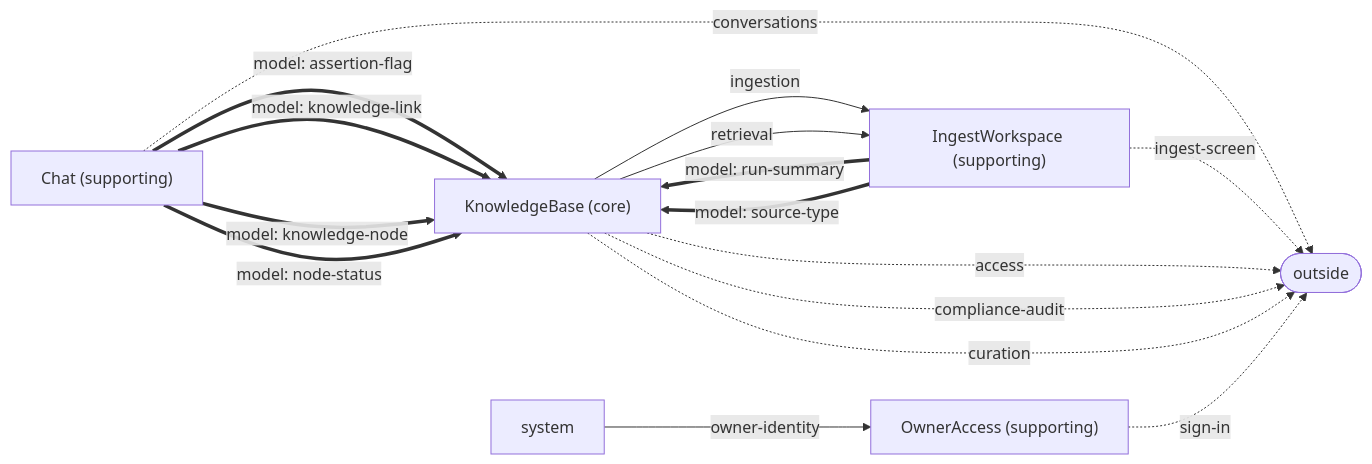
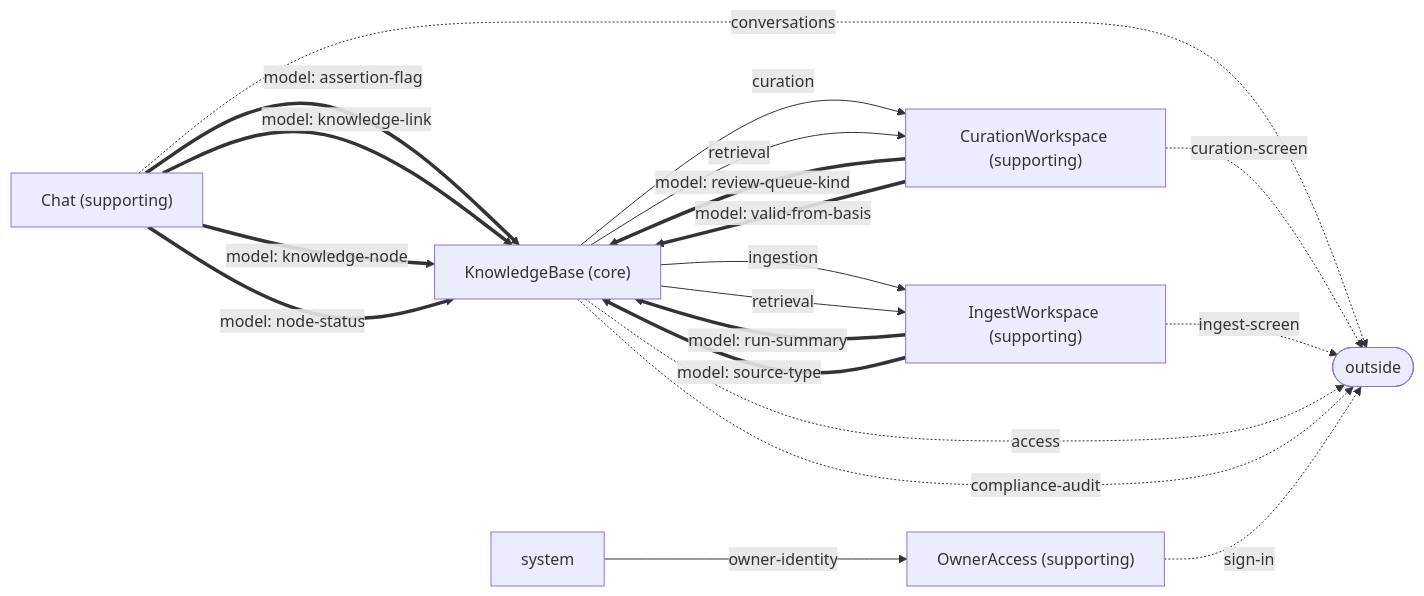
The diagram in specification/projections/context-map.mmd (zig999/remember), drawn with Mermaid before and after one commit. The commit also changed 244 other files, not shown here.

First line of the commit message:
analyse(adopt-fe-curation): curation-workspace context, 487 fact lines (462 in nodes, 25 outside)

```diff
--- a/specification/projections/context-map.mmd
+++ b/specification/projections/context-map.mmd
@@ -1,25 +1,33 @@
 flowchart LR
     chat["Chat (supporting)"]
+    curation_workspace["CurationWorkspace (supporting)"]
     ingest_workspace["IngestWorkspace (supporting)"]
     knowledge_base["KnowledgeBase (core)"]
     owner_access["OwnerAccess (supporting)"]
+    knowledge_base -->|curation| curation_workspace
+    knowledge_base -->|retrieval| curation_workspace
     knowledge_base -->|ingestion| ingest_workspace
     knowledge_base -->|retrieval| ingest_workspace
     system -->|owner-identity| owner_access
     chat ==>|model: assertion-flag| knowledge_base
     chat ==>|model: knowledge-link| knowledge_base
     chat ==>|model: knowledge-node| knowledge_base
     chat ==>|model: node-status| knowledge_base
+    curation_workspace ==>|model: review-queue-kind| knowledge_base
+    curation_workspace ==>|model: valid-from-basis| knowledge_base
     ingest_workspace ==>|model: run-summary| knowledge_base
     ingest_workspace ==>|model: source-type| knowledge_base
     outside(["outside"])
     chat -.->|conversations| outside
+    curation_workspace -.->|curation-screen| outside
     ingest_workspace -.->|ingest-screen| outside
     knowledge_base -.->|access| outside
     knowledge_base -.->|compliance-audit| outside
-    knowledge_base -.->|curation| outside
     owner_access -.->|sign-in| outside
+    %% separate ways: chat and curation-workspace share no contract and no model
     %% separate ways: chat and ingest-workspace share no contract and no model
     %% separate ways: chat and owner-access share no contract and no model
+    %% separate ways: curation-workspace and ingest-workspace share no contract and no model
+    %% separate ways: curation-workspace and owner-access share no contract and no model
     %% separate ways: ingest-workspace and owner-access share no contract and no model
     %% separate ways: knowledge-base and owner-access share no contract and no model
```
